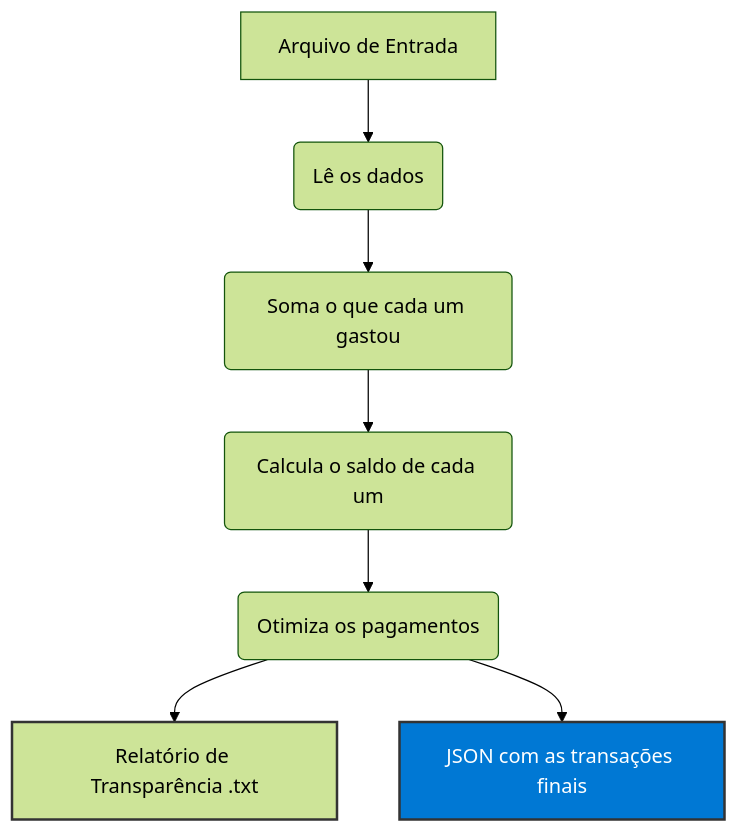
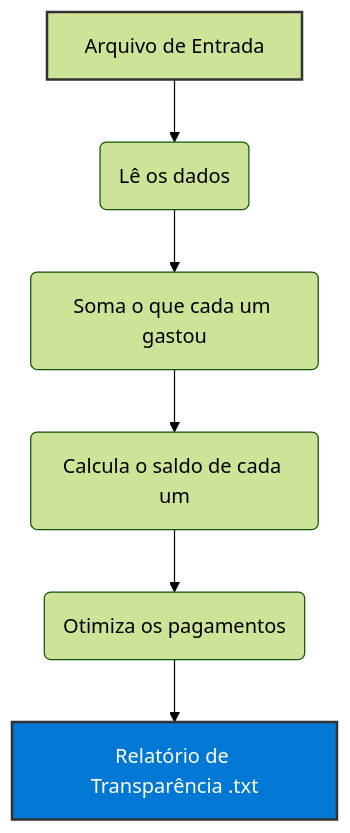
The diagram in README.md (EduardoRei/RachaInteligente), drawn with Mermaid (forest theme) before and after one commit. The commit also changed other lines of this file and 2 other files, not shown here.

````diff
--- a/README.md
+++ b/README.md
@@ -23,12 +23,11 @@
 ```mermaid
 graph TD
     A[Arquivo de Entrada] --> B(Lê os dados)
     B --> C(Soma o que cada um gastou)
     C --> D(Calcula o saldo de cada um)
     D --> E(Otimiza os pagamentos)
     E --> F[Relatório de Transparência .txt]
-    E --> G[JSON com as transações finais]
     
-    style F stroke:#333,stroke-width:2px
-    style G fill:#0078d4,color:#fff,stroke:#333,stroke-width:2px
+    style A stroke:#333,stroke-width:2px
+    style F fill:#0078d4,color:#fff,stroke:#333,stroke-width:2px
 ```
````
